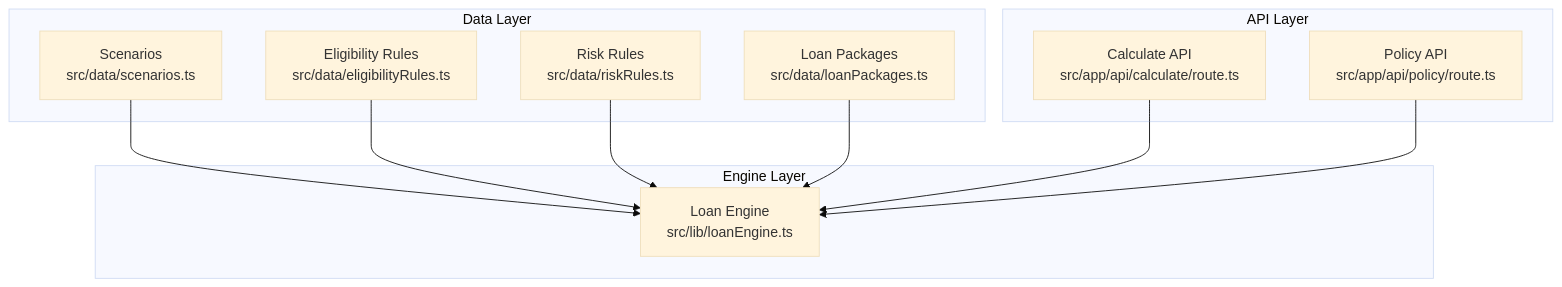
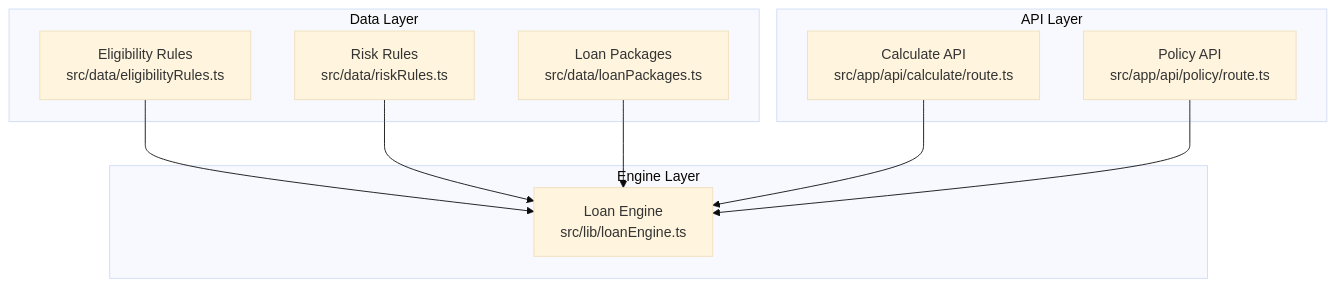
The first of 7 diagrams in .qoder/repowiki/en/content/Data Management/Scenarios Management.md (alibaba-hackathon-fsi/frontend-vaya), drawn with Mermaid (base theme) before and after one commit. The commit also changed other lines of this file and 36 other files, not shown here.

````diff
--- a/.qoder/repowiki/en/content/Data Management/Scenarios Management.md
+++ b/.qoder/repowiki/en/content/Data Management/Scenarios Management.md
@@ -41,22 +48,20 @@
 ```mermaid
 graph TB
 subgraph "Data Layer"
-S["Scenarios<br/>src/data/scenarios.ts"]
 ER["Eligibility Rules<br/>src/data/eligibilityRules.ts"]
 RR["Risk Rules<br/>src/data/riskRules.ts"]
 LP["Loan Packages<br/>src/data/loanPackages.ts"]
 end
 subgraph "API Layer"
 CALC["Calculate API<br/>src/app/api/calculate/route.ts"]
 POL["Policy API<br/>src/app/api/policy/route.ts"]
 end
 subgraph "Engine Layer"
 LE["Loan Engine<br/>src/lib/loanEngine.ts"]
 end
-S --> LE
 ER --> LE
 RR --> LE
 LP --> LE
 CALC --> LE
 POL --> LE
 ```
````
